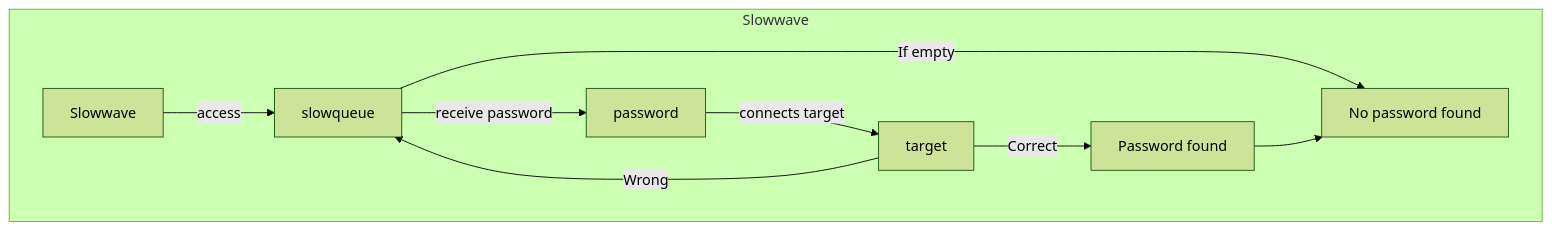
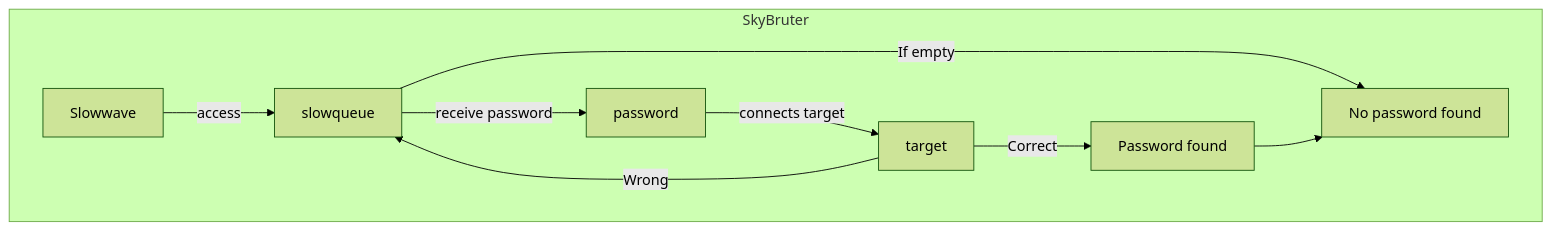
One commit to polymaster3313/SkyIsYours changed the third of 3 diagrams in README.md. Above: the diagram before and after it, drawn with Mermaid (forest theme). The commit also changed other lines of this file, not shown here.

````diff
--- a/README.md
+++ b/README.md
@@ -60,12 +60,12 @@
 ```mermaid
 graph TD
-    subgraph Slowwave
+    subgraph SkyBruter
         A[Slowwave] -->|access| B[slowqueue]
         B -->|If empty| O[No password found]
         B -->|receive password| C[password]
         C -->|connects target| D[target]
         D -->|Correct| E[Password found]
         E --> O
         D -->|Wrong| B
     end
 ```
````
